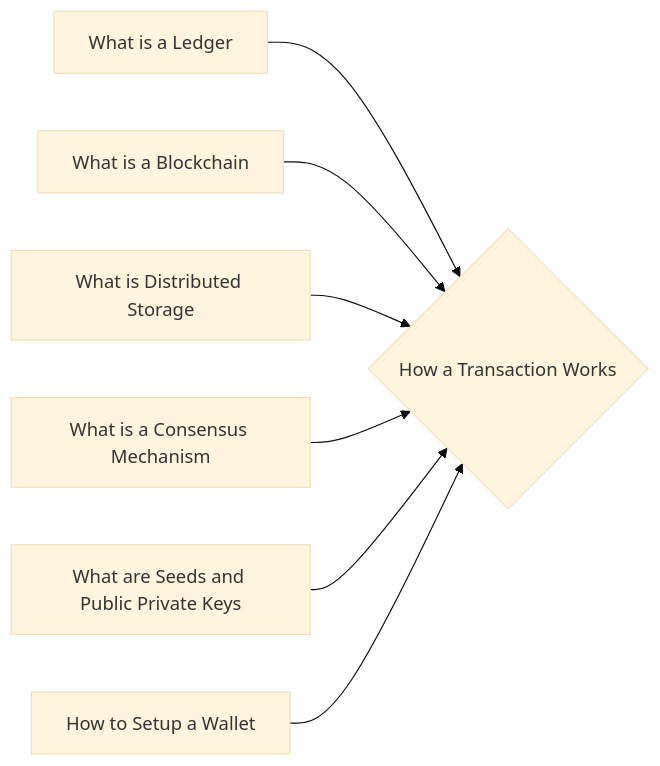
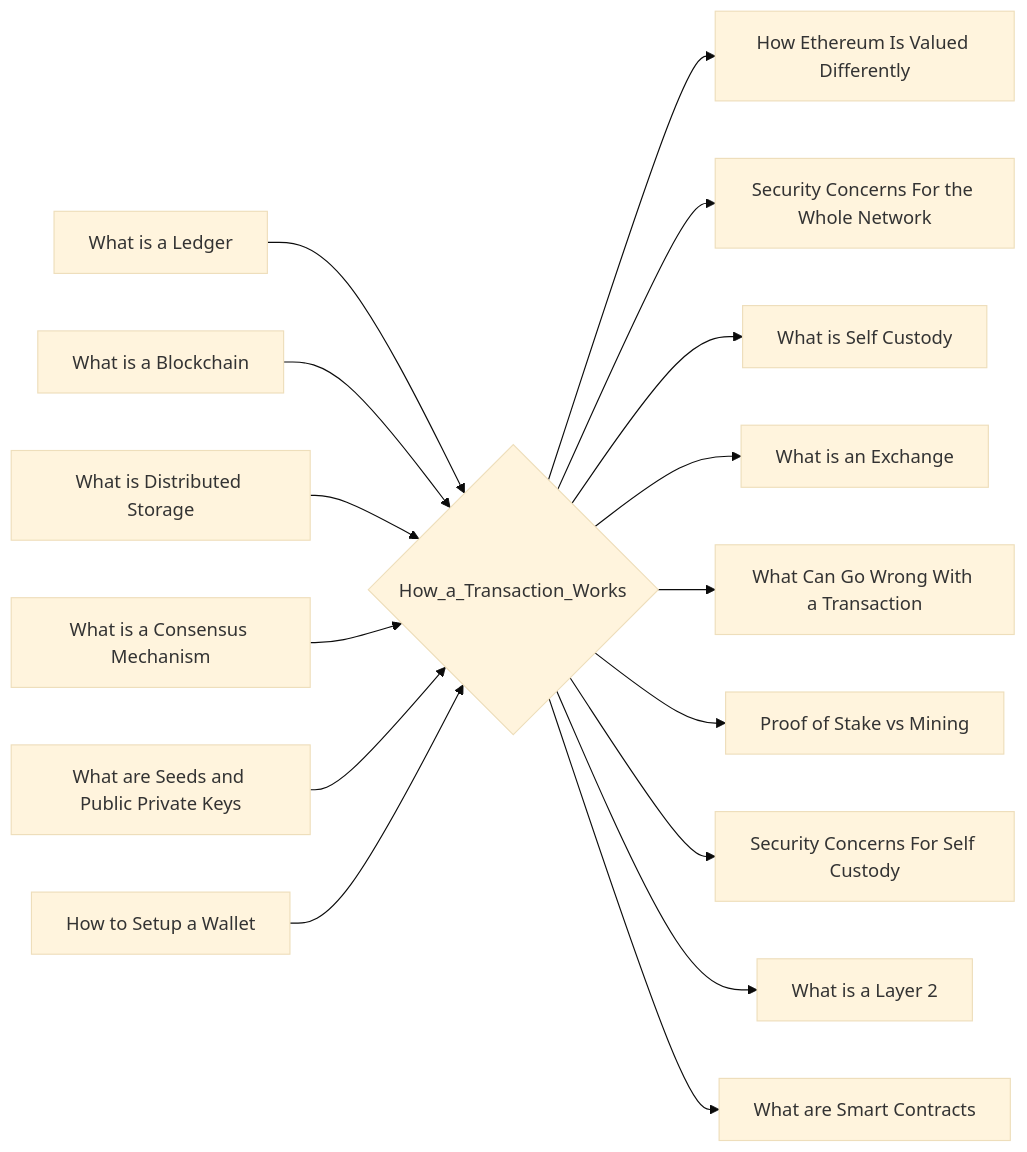
Before and after one commit to lpurdy01/crypto-knowledge-map: the diagram in notes/How_a_Transaction_Works.md, drawn with Mermaid (base theme). The commit also changed 161 other files, not shown here.

````diff
--- a/notes/How_a_Transaction_Works.md
+++ b/notes/How_a_Transaction_Works.md
@@ -21,9 +21,18 @@
 ```mermaid
 graph LR
-1["What is a Ledger"]-->0{"How a Transaction Works"}
-2["What is a Blockchain"]-->0{"How a Transaction Works"}
-3["What is Distributed Storage"]-->0{"How a Transaction Works"}
-4["What is a Consensus Mechanism"]-->0{"How a Transaction Works"}
-5["What are Seeds and Public Private Keys"]-->0{"How a Transaction Works"}
-6["How to Setup a Wallet"]-->0{"How a Transaction Works"}
+1["What is a Ledger"]-->0{"How_a_Transaction_Works"}
+2["What is a Blockchain"]-->0{"How_a_Transaction_Works"}
+3["What is Distributed Storage"]-->0{"How_a_Transaction_Works"}
+4["What is a Consensus Mechanism"]-->0{"How_a_Transaction_Works"}
+5["What are Seeds and Public Private Keys"]-->0{"How_a_Transaction_Works"}
+6["How to Setup a Wallet"]-->0{"How_a_Transaction_Works"}
+0{"How_a_Transaction_Works"}-->7["How Ethereum Is Valued Differently"]
+0{"How_a_Transaction_Works"}-->8["Security Concerns For the Whole Network"]
+0{"How_a_Transaction_Works"}-->9["What is Self Custody"]
+0{"How_a_Transaction_Works"}-->10["What is an Exchange"]
+0{"How_a_Transaction_Works"}-->11["What Can Go Wrong With a Transaction"]
+0{"How_a_Transaction_Works"}-->12["Proof of Stake vs Mining"]
+0{"How_a_Transaction_Works"}-->13["Security Concerns For Self Custody"]
+0{"How_a_Transaction_Works"}-->14["What is a Layer 2"]
+0{"How_a_Transaction_Works"}-->15["What are Smart Contracts"]
 ```
````
